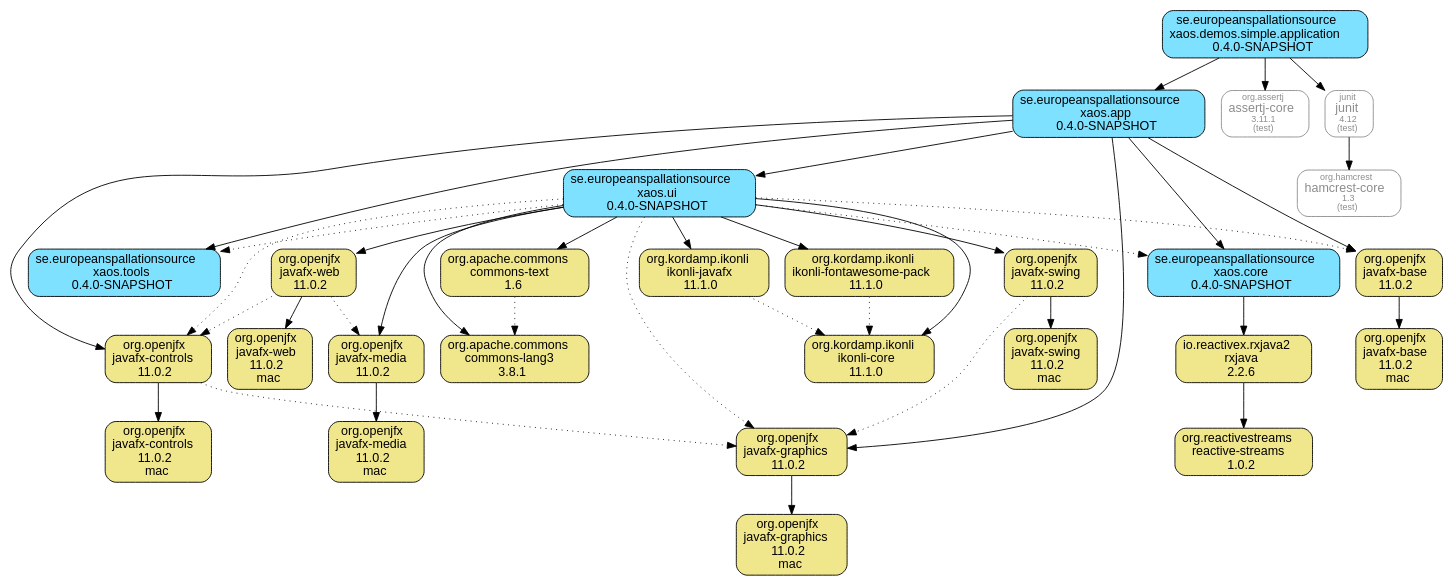
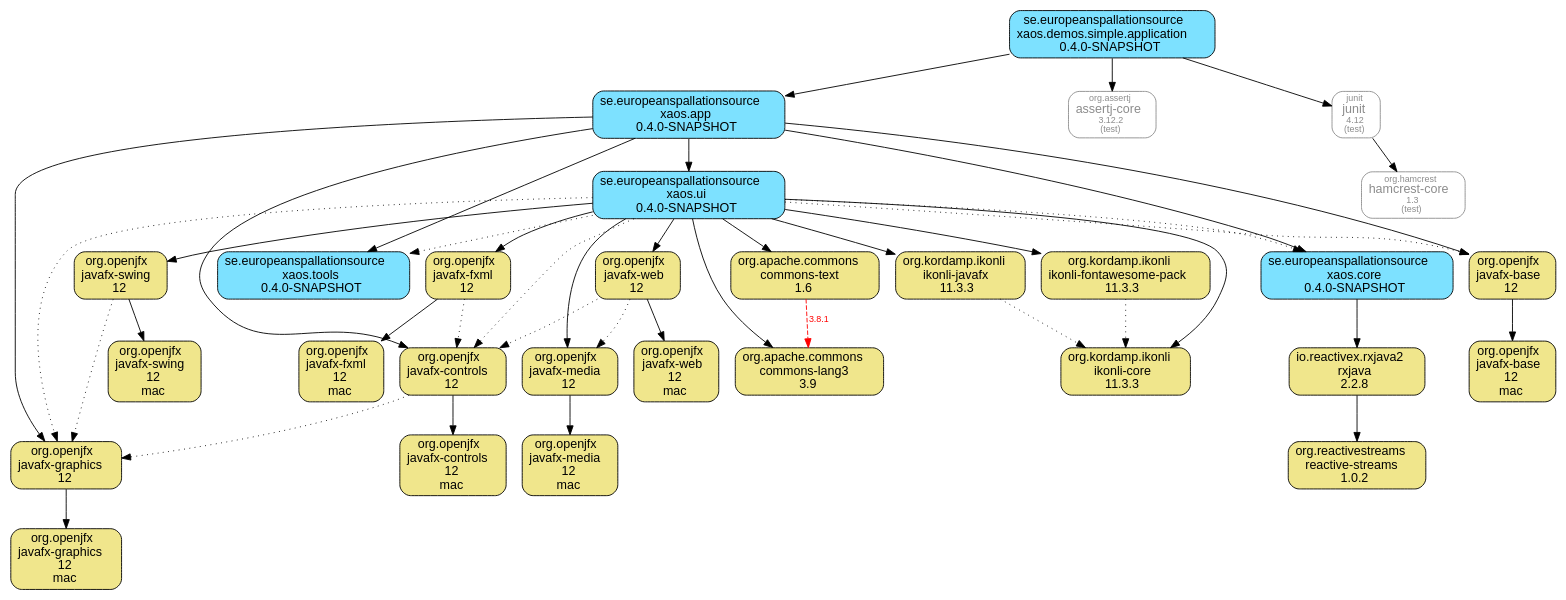
Before and after one commit to ESSICS/XAOS: the diagram in xaos.demos.module/xaos.demos.simple.application.module/doc/maven-dependencies.dot, drawn with Graphviz. The commit also changed 9 other files, not shown here.

```diff
--- a/xaos.demos.module/xaos.demos.simple.application.module/doc/maven-dependencies.dot
+++ b/xaos.demos.module/xaos.demos.simple.application.module/doc/maven-dependencies.dot
@@ -1,73 +1,78 @@
 digraph "xaos.demos.simple.application" {
   node [shape="box",style="rounded",fontname="Helvetica",fontsize="14"]
   edge [fontsize="10",fontname="Helvetica"]
 
   // Node Definitions:
-  "org.openjfx:javafx-base:jar"[shape="box",style="rounded, filled",fillcolor="khaki",label=<org.openjfx<br/>javafx-base<br/>11.0.2>]
-  "org.openjfx:javafx-base:jar:mac"[shape="box",style="rounded, filled",fillcolor="khaki",label=<org.openjfx<br/>javafx-base<br/>11.0.2<br/>mac>]
+  "org.openjfx:javafx-base:jar"[shape="box",style="rounded, filled",fillcolor="khaki",label=<org.openjfx<br/>javafx-base<br/>12>]
+  "org.openjfx:javafx-base:jar:mac"[shape="box",style="rounded, filled",fillcolor="khaki",label=<org.openjfx<br/>javafx-base<br/>12<br/>mac>]
   "se.europeanspallationsource:xaos.app:jar"[shape="box",style="rounded, filled",fillcolor="#7DE1FF",label=<se.europeanspallationsource<br/>xaos.app<br/>0.4.0-SNAPSHOT>]
-  "org.openjfx:javafx-controls:jar"[shape="box",style="rounded, filled",fillcolor="khaki",label=<org.openjfx<br/>javafx-controls<br/>11.0.2>]
-  "org.openjfx:javafx-controls:jar:mac"[shape="box",style="rounded, filled",fillcolor="khaki",label=<org.openjfx<br/>javafx-controls<br/>11.0.2<br/>mac>]
-  "org.openjfx:javafx-graphics:jar"[shape="box",style="rounded, filled",fillcolor="khaki",label=<org.openjfx<br/>javafx-graphics<br/>11.0.2>]
-  "org.openjfx:javafx-graphics:jar:mac"[shape="box",style="rounded, filled",fillcolor="khaki",label=<org.openjfx<br/>javafx-graphics<br/>11.0.2<br/>mac>]
+  "org.openjfx:javafx-controls:jar"[shape="box",style="rounded, filled",fillcolor="khaki",label=<org.openjfx<br/>javafx-controls<br/>12>]
+  "org.openjfx:javafx-controls:jar:mac"[shape="box",style="rounded, filled",fillcolor="khaki",label=<org.openjfx<br/>javafx-controls<br/>12<br/>mac>]
+  "org.openjfx:javafx-graphics:jar"[shape="box",style="rounded, filled",fillcolor="khaki",label=<org.openjfx<br/>javafx-graphics<br/>12>]
+  "org.openjfx:javafx-graphics:jar:mac"[shape="box",style="rounded, filled",fillcolor="khaki",label=<org.openjfx<br/>javafx-graphics<br/>12<br/>mac>]
   "se.europeanspallationsource:xaos.tools:jar"[shape="box",style="rounded, filled",fillcolor="#7DE1FF",label=<se.europeanspallationsource<br/>xaos.tools<br/>0.4.0-SNAPSHOT>]
-  "io.reactivex.rxjava2:rxjava:jar"[shape="box",style="rounded, filled",fillcolor="khaki",label=<io.reactivex.rxjava2<br/>rxjava<br/>2.2.6>]
+  "io.reactivex.rxjava2:rxjava:jar"[shape="box",style="rounded, filled",fillcolor="khaki",label=<io.reactivex.rxjava2<br/>rxjava<br/>2.2.8>]
   "org.reactivestreams:reactive-streams:jar"[shape="box",style="rounded, filled",fillcolor="khaki",label=<org.reactivestreams<br/>reactive-streams<br/>1.0.2>]
   "se.europeanspallationsource:xaos.core:jar"[shape="box",style="rounded, filled",fillcolor="#7DE1FF",label=<se.europeanspallationsource<br/>xaos.core<br/>0.4.0-SNAPSHOT>]
   "se.europeanspallationsource:xaos.ui:jar"[shape="box",style="rounded, filled",fillcolor="#7DE1FF",label=<se.europeanspallationsource<br/>xaos.ui<br/>0.4.0-SNAPSHOT>]
-  "org.openjfx:javafx-media:jar"[shape="box",style="rounded, filled",fillcolor="khaki",label=<org.openjfx<br/>javafx-media<br/>11.0.2>]
-  "org.openjfx:javafx-media:jar:mac"[shape="box",style="rounded, filled",fillcolor="khaki",label=<org.openjfx<br/>javafx-media<br/>11.0.2<br/>mac>]
-  "org.openjfx:javafx-swing:jar"[shape="box",style="rounded, filled",fillcolor="khaki",label=<org.openjfx<br/>javafx-swing<br/>11.0.2>]
-  "org.openjfx:javafx-swing:jar:mac"[shape="box",style="rounded, filled",fillcolor="khaki",label=<org.openjfx<br/>javafx-swing<br/>11.0.2<br/>mac>]
-  "org.openjfx:javafx-web:jar"[shape="box",style="rounded, filled",fillcolor="khaki",label=<org.openjfx<br/>javafx-web<br/>11.0.2>]
-  "org.openjfx:javafx-web:jar:mac"[shape="box",style="rounded, filled",fillcolor="khaki",label=<org.openjfx<br/>javafx-web<br/>11.0.2<br/>mac>]
-  "org.apache.commons:commons-lang3:jar"[shape="box",style="rounded, filled",fillcolor="khaki",label=<org.apache.commons<br/>commons-lang3<br/>3.8.1>]
+  "org.openjfx:javafx-fxml:jar"[shape="box",style="rounded, filled",fillcolor="khaki",label=<org.openjfx<br/>javafx-fxml<br/>12>]
+  "org.openjfx:javafx-fxml:jar:mac"[shape="box",style="rounded, filled",fillcolor="khaki",label=<org.openjfx<br/>javafx-fxml<br/>12<br/>mac>]
+  "org.openjfx:javafx-media:jar"[shape="box",style="rounded, filled",fillcolor="khaki",label=<org.openjfx<br/>javafx-media<br/>12>]
+  "org.openjfx:javafx-media:jar:mac"[shape="box",style="rounded, filled",fillcolor="khaki",label=<org.openjfx<br/>javafx-media<br/>12<br/>mac>]
+  "org.openjfx:javafx-swing:jar"[shape="box",style="rounded, filled",fillcolor="khaki",label=<org.openjfx<br/>javafx-swing<br/>12>]
+  "org.openjfx:javafx-swing:jar:mac"[shape="box",style="rounded, filled",fillcolor="khaki",label=<org.openjfx<br/>javafx-swing<br/>12<br/>mac>]
+  "org.openjfx:javafx-web:jar"[shape="box",style="rounded, filled",fillcolor="khaki",label=<org.openjfx<br/>javafx-web<br/>12>]
+  "org.openjfx:javafx-web:jar:mac"[shape="box",style="rounded, filled",fillcolor="khaki",label=<org.openjfx<br/>javafx-web<br/>12<br/>mac>]
+  "org.apache.commons:commons-lang3:jar"[shape="box",style="rounded, filled",fillcolor="khaki",label=<org.apache.commons<br/>commons-lang3<br/>3.9>]
   "org.apache.commons:commons-text:jar"[shape="box",style="rounded, filled",fillcolor="khaki",label=<org.apache.commons<br/>commons-text<br/>1.6>]
-  "org.kordamp.ikonli:ikonli-core:jar"[shape="box",style="rounded, filled",fillcolor="khaki",label=<org.kordamp.ikonli<br/>ikonli-core<br/>11.1.0>]
-  "org.kordamp.ikonli:ikonli-javafx:jar"[shape="box",style="rounded, filled",fillcolor="khaki",label=<org.kordamp.ikonli<br/>ikonli-javafx<br/>11.1.0>]
-  "org.kordamp.ikonli:ikonli-fontawesome-pack:jar"[shape="box",style="rounded, filled",fillcolor="khaki",label=<org.kordamp.ikonli<br/>ikonli-fontawesome-pack<br/>11.1.0>]
+  "org.kordamp.ikonli:ikonli-core:jar"[shape="box",style="rounded, filled",fillcolor="khaki",label=<org.kordamp.ikonli<br/>ikonli-core<br/>11.3.3>]
+  "org.kordamp.ikonli:ikonli-javafx:jar"[shape="box",style="rounded, filled",fillcolor="khaki",label=<org.kordamp.ikonli<br/>ikonli-javafx<br/>11.3.3>]
+  "org.kordamp.ikonli:ikonli-fontawesome-pack:jar"[shape="box",style="rounded, filled",fillcolor="khaki",label=<org.kordamp.ikonli<br/>ikonli-fontawesome-pack<br/>11.3.3>]
   "se.europeanspallationsource:xaos.demos.simple.application:jar"[shape="box",style="rounded, filled",fillcolor="#7DE1FF",label=<se.europeanspallationsource<br/>xaos.demos.simple.application<br/>0.4.0-SNAPSHOT>]
-  "org.assertj:assertj-core:jar"[shape="box",style="rounded",color="grey55",fontname="Helvetica",fontsize="14",fontcolor="grey55",label=<<font color="grey55" point-size="10">org.assertj</font><br/>assertj-core<font color="grey55" point-size="10"><br/>3.11.1</font><font color="grey55" point-size="10"><br/>(test)</font>>]
+  "org.assertj:assertj-core:jar"[shape="box",style="rounded",color="grey55",fontname="Helvetica",fontsize="14",fontcolor="grey55",label=<<font color="grey55" point-size="10">org.assertj</font><br/>assertj-core<font color="grey55" point-size="10"><br/>3.12.2</font><font color="grey55" point-size="10"><br/>(test)</font>>]
   "junit:junit:jar"[shape="box",style="rounded",color="grey55",fontname="Helvetica",fontsize="14",fontcolor="grey55",label=<<font color="grey55" point-size="10">junit</font><br/>junit<font color="grey55" point-size="10"><br/>4.12</font><font color="grey55" point-size="10"><br/>(test)</font>>]
   "org.hamcrest:hamcrest-core:jar"[shape="box",style="rounded",color="grey55",fontname="Helvetica",fontsize="14",fontcolor="grey55",label=<<font color="grey55" point-size="10">org.hamcrest</font><br/>hamcrest-core<font color="grey55" point-size="10"><br/>1.3</font><font color="grey55" point-size="10"><br/>(test)</font>>]
 
   // Edge Definitions:
   "org.openjfx:javafx-base:jar" -> "org.openjfx:javafx-base:jar:mac"
   "se.europeanspallationsource:xaos.app:jar" -> "org.openjfx:javafx-base:jar"
   "org.openjfx:javafx-controls:jar" -> "org.openjfx:javafx-controls:jar:mac"
   "org.openjfx:javafx-controls:jar" -> "org.openjfx:javafx-graphics:jar"[style="dotted"]
   "se.europeanspallationsource:xaos.app:jar" -> "org.openjfx:javafx-controls:jar"
   "org.openjfx:javafx-graphics:jar" -> "org.openjfx:javafx-graphics:jar:mac"
   "se.europeanspallationsource:xaos.app:jar" -> "org.openjfx:javafx-graphics:jar"
   "se.europeanspallationsource:xaos.app:jar" -> "se.europeanspallationsource:xaos.tools:jar"
   "io.reactivex.rxjava2:rxjava:jar" -> "org.reactivestreams:reactive-streams:jar"
   "se.europeanspallationsource:xaos.core:jar" -> "io.reactivex.rxjava2:rxjava:jar"
   "se.europeanspallationsource:xaos.app:jar" -> "se.europeanspallationsource:xaos.core:jar"
   "se.europeanspallationsource:xaos.ui:jar" -> "org.openjfx:javafx-base:jar"[style="dotted"]
   "se.europeanspallationsource:xaos.ui:jar" -> "org.openjfx:javafx-controls:jar"[style="dotted"]
+  "org.openjfx:javafx-fxml:jar" -> "org.openjfx:javafx-fxml:jar:mac"
+  "org.openjfx:javafx-fxml:jar" -> "org.openjfx:javafx-controls:jar"[style="dotted"]
+  "se.europeanspallationsource:xaos.ui:jar" -> "org.openjfx:javafx-fxml:jar"
   "se.europeanspallationsource:xaos.ui:jar" -> "org.openjfx:javafx-graphics:jar"[style="dotted"]
   "org.openjfx:javafx-media:jar" -> "org.openjfx:javafx-media:jar:mac"
   "se.europeanspallationsource:xaos.ui:jar" -> "org.openjfx:javafx-media:jar"
   "org.openjfx:javafx-swing:jar" -> "org.openjfx:javafx-swing:jar:mac"
   "org.openjfx:javafx-swing:jar" -> "org.openjfx:javafx-graphics:jar"[style="dotted"]
   "se.europeanspallationsource:xaos.ui:jar" -> "org.openjfx:javafx-swing:jar"
   "org.openjfx:javafx-web:jar" -> "org.openjfx:javafx-web:jar:mac"
   "org.openjfx:javafx-web:jar" -> "org.openjfx:javafx-controls:jar"[style="dotted"]
   "org.openjfx:javafx-web:jar" -> "org.openjfx:javafx-media:jar"[style="dotted"]
   "se.europeanspallationsource:xaos.ui:jar" -> "org.openjfx:javafx-web:jar"
   "se.europeanspallationsource:xaos.ui:jar" -> "org.apache.commons:commons-lang3:jar"
-  "org.apache.commons:commons-text:jar" -> "org.apache.commons:commons-lang3:jar"[style="dotted"]
+  "org.apache.commons:commons-text:jar" -> "org.apache.commons:commons-lang3:jar"[style="dashed",color="red",fontcolor="red",label="3.8.1"]
   "se.europeanspallationsource:xaos.ui:jar" -> "org.apache.commons:commons-text:jar"
   "se.europeanspallationsource:xaos.ui:jar" -> "org.kordamp.ikonli:ikonli-core:jar"
   "org.kordamp.ikonli:ikonli-javafx:jar" -> "org.kordamp.ikonli:ikonli-core:jar"[style="dotted"]
   "se.europeanspallationsource:xaos.ui:jar" -> "org.kordamp.ikonli:ikonli-javafx:jar"
   "org.kordamp.ikonli:ikonli-fontawesome-pack:jar" -> "org.kordamp.ikonli:ikonli-core:jar"[style="dotted"]
   "se.europeanspallationsource:xaos.ui:jar" -> "org.kordamp.ikonli:ikonli-fontawesome-pack:jar"
   "se.europeanspallationsource:xaos.ui:jar" -> "se.europeanspallationsource:xaos.tools:jar"[style="dotted"]
   "se.europeanspallationsource:xaos.ui:jar" -> "se.europeanspallationsource:xaos.core:jar"[style="dotted"]
   "se.europeanspallationsource:xaos.app:jar" -> "se.europeanspallationsource:xaos.ui:jar"
   "se.europeanspallationsource:xaos.demos.simple.application:jar" -> "se.europeanspallationsource:xaos.app:jar"
   "se.europeanspallationsource:xaos.demos.simple.application:jar" -> "org.assertj:assertj-core:jar"
   "junit:junit:jar" -> "org.hamcrest:hamcrest-core:jar"
   "se.europeanspallationsource:xaos.demos.simple.application:jar" -> "junit:junit:jar"
 }
```
